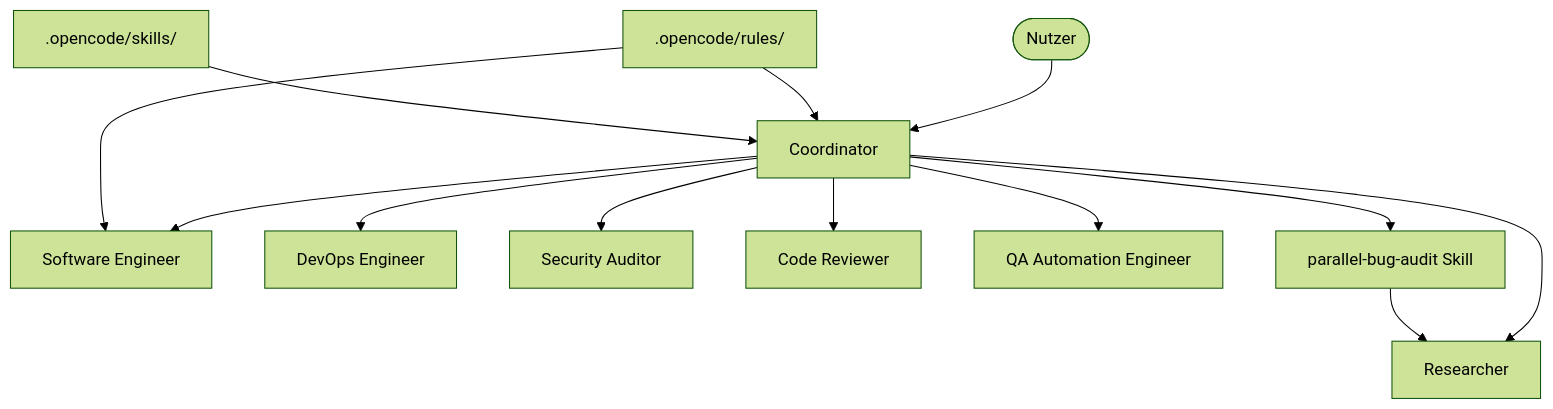
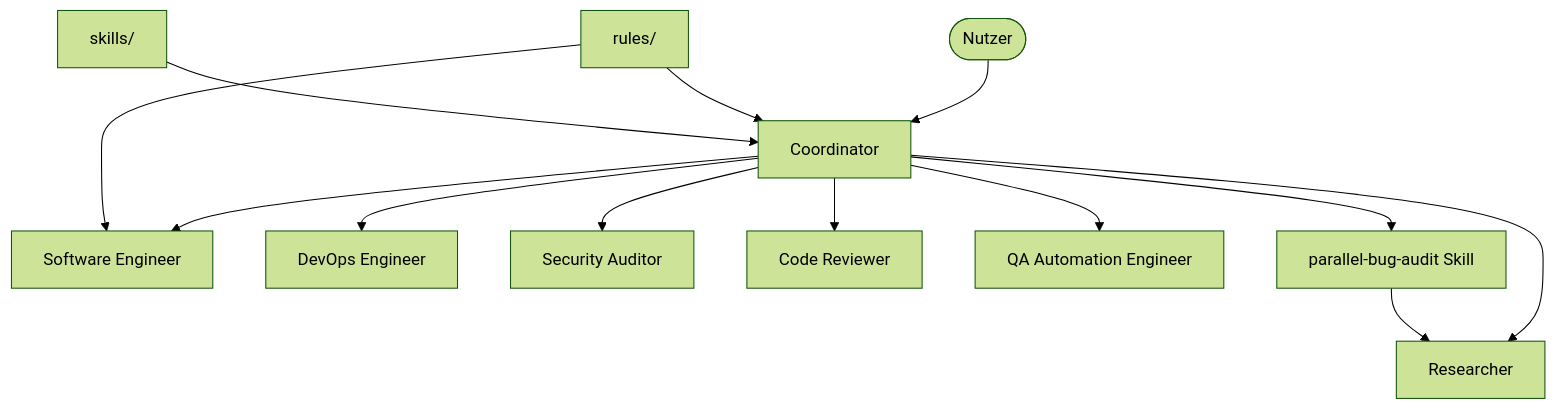
One commit to LeonStadler/opencode-agent changed the diagram in README.md. Above: the diagram before and after it, drawn with Mermaid (forest theme). The commit also changed other lines of this file and 13 other files, not shown here.

````diff
--- a/README.md
+++ b/README.md
@@ -7,18 +14,18 @@
 ```mermaid
 flowchart TB
     User([Nutzer]) --> Coordinator
 
     Coordinator --> Researcher
     Coordinator --> SoftwareEngineer[Software Engineer]
     Coordinator --> DevOps[DevOps Engineer]
     Coordinator --> SecurityAuditor[Security Auditor]
     Coordinator --> CodeReviewer[Code Reviewer]
     Coordinator --> QA[QA Automation Engineer]
 
     Coordinator --> BugAuditSkill[parallel-bug-audit Skill]
     BugAuditSkill --> Researcher
 
-    Rules[".opencode/rules/"] --> Coordinator
+    Rules["rules/"] --> Coordinator
     Rules --> SoftwareEngineer
-    Skills[".opencode/skills/"] --> Coordinator
+    Skills["skills/"] --> Coordinator
 ```
````
